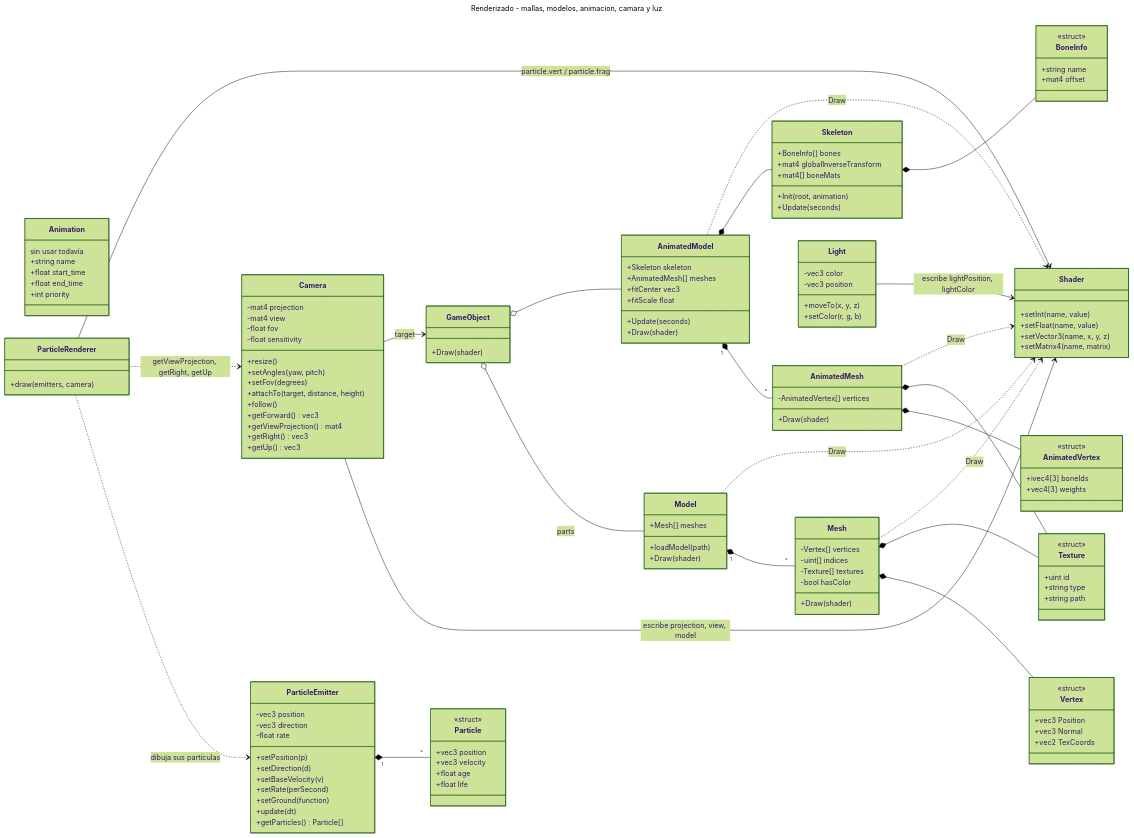
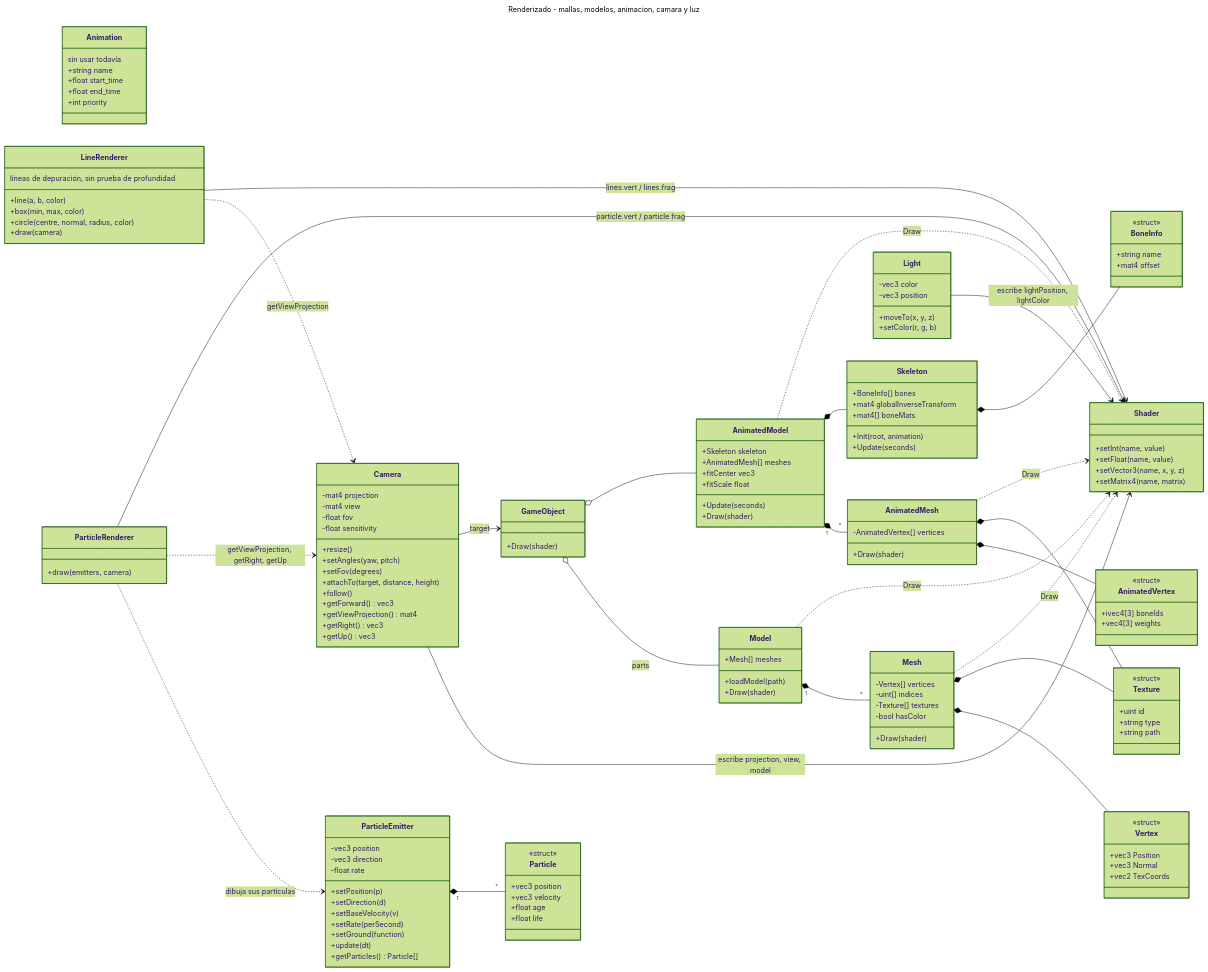
Before and after one commit to Joselitus/3Dengine: the fourth of 11 diagrams in docs/UML.md, drawn with Mermaid (forest theme). The commit also changed other lines of this file and 34 other files, not shown here.

```diff
--- a/docs/UML.md
+++ b/docs/UML.md
@@ -636,6 +651,13 @@
     class ParticleRenderer {
         +draw(emitters, camera)
     }
+    class LineRenderer {
+        líneas de depuración, sin prueba de profundidad
+        +line(a, b, color)
+        +box(min, max, color)
+        +circle(centre, normal, radius, color)
+        +draw(camera)
+    }
     class Camera {
         -mat4 projection
         -mat4 view
@@ -678,6 +700,8 @@
     ParticleRenderer ..> ParticleEmitter : dibuja sus partículas
     ParticleRenderer ..> Camera : getViewProjection, getRight, getUp
     ParticleRenderer --> Shader : particle.vert / particle.frag
+    LineRenderer ..> Camera : getViewProjection
+    LineRenderer --> Shader : lines.vert / lines.frag
     Light --> Shader : escribe lightPosition, lightColor
     Camera --> GameObject : target
     GameObject o-- Model : parts
```
